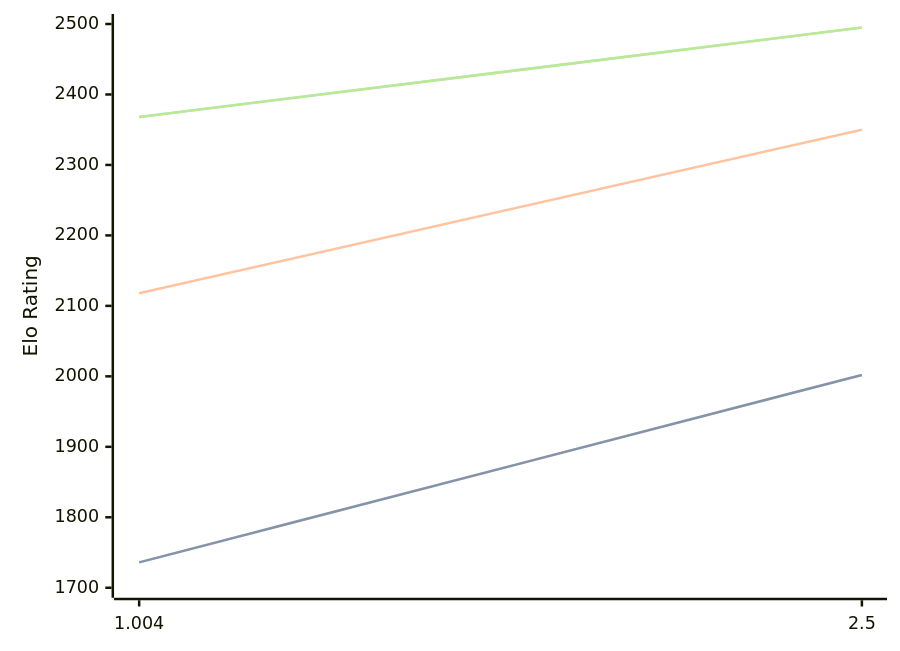
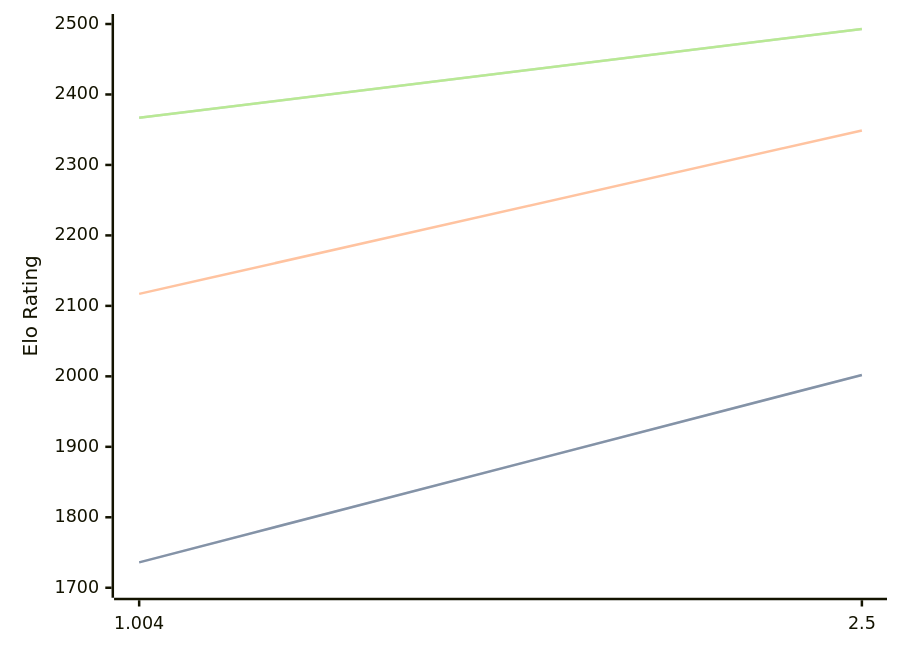
One commit to computer-chess-index/cci changed the diagram in engines/Ares.md. Above: the diagram before and after it, drawn with Mermaid. The commit also changed other lines of this file, not shown here.

Commit message:
Update CCI Ratings (ELO VLTC) - 2026-03-08

````diff
--- a/engines/Ares.md
+++ b/engines/Ares.md
@@ -30,11 +30,11 @@
 ```mermaid
 %%{init: {"theme":"base","themeVariables":{"seriesColors:['#a3a3a3','#222221','#faa371']}}}%%
 xychart-beta
   x-axis ["1.004", "2.5"]
   y-axis "Elo Rating" 1700 --> 2500
   line "STC (8.0+0.08s)" [1736, 2002]
   line "STC (8.0+0.08s)" [1736, 2002]
-  line "LTC (60.0+0.60s)" [2118, 2350]
-  line "VLTC (2m24s+1.12s)" [2368, 2495]
-  line "VLTC (2m24s+1.12s)" [2368, 2495]
+  line "LTC (60.0+0.60s)" [2117, 2349]
+  line "VLTC (2m24s+1.12s)" [2367, 2493]
+  line "VLTC (2m24s+1.12s)" [2367, 2493]
 ```
````
